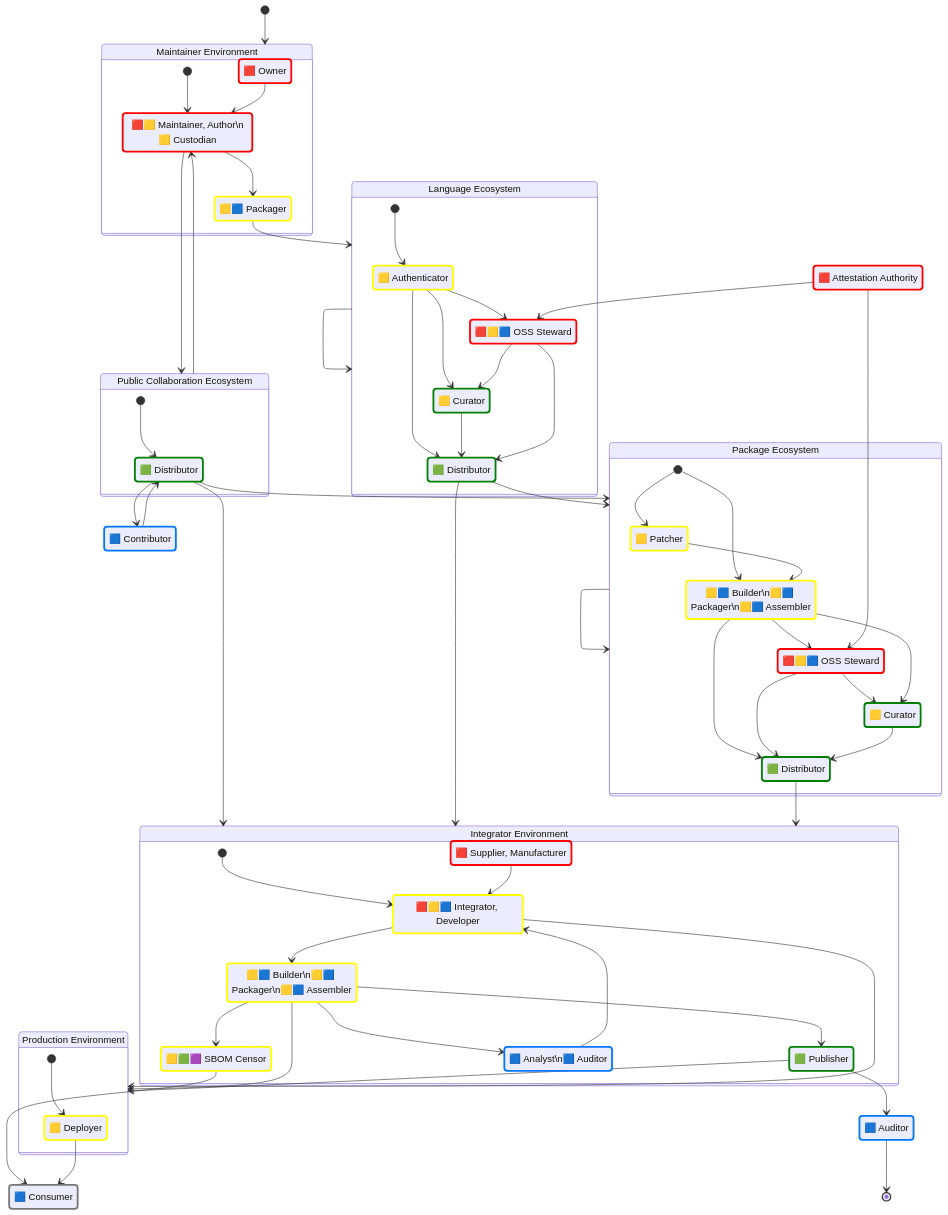
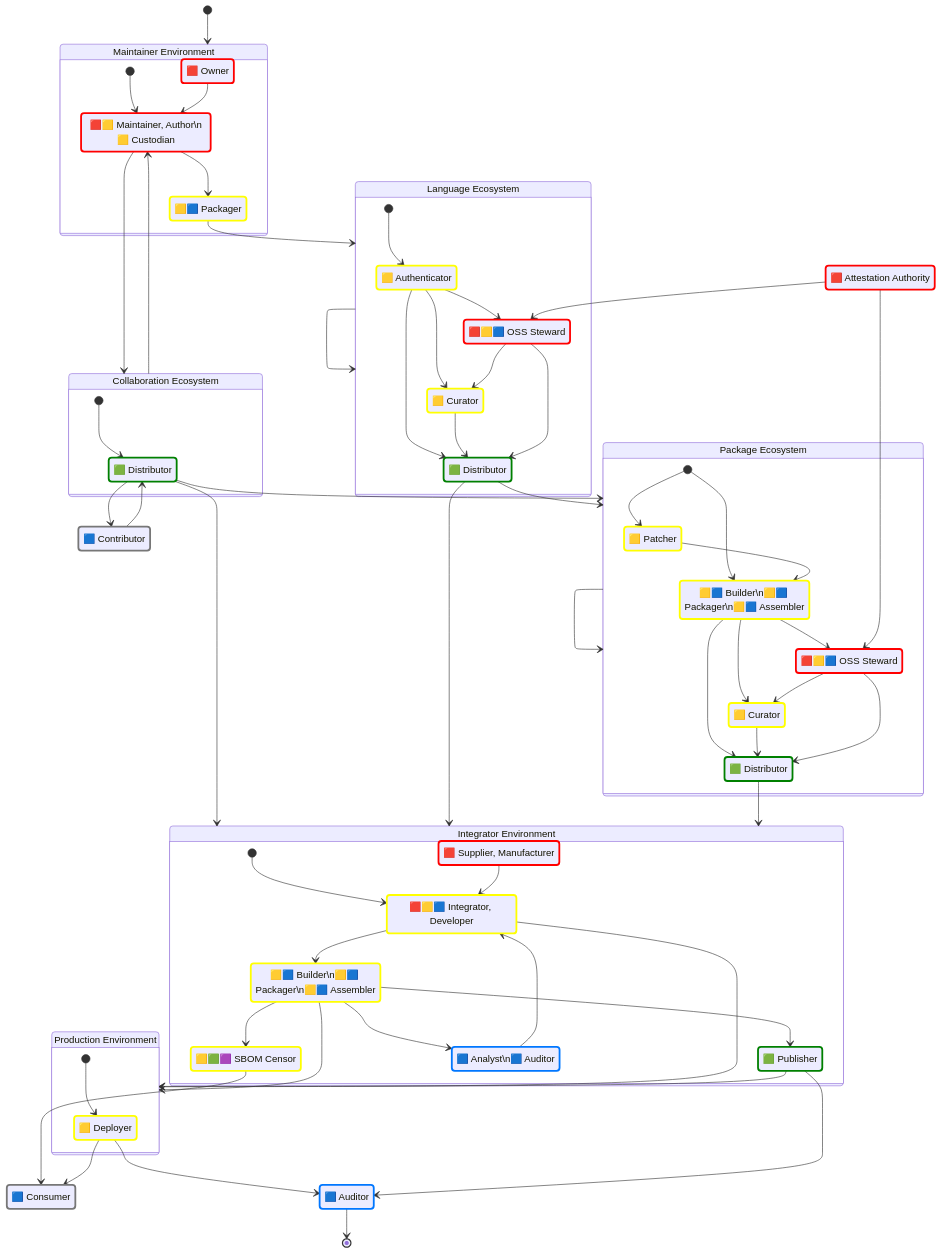
The second of 2 diagrams in docs/supplychain-sbom.md (CPAN-Security/security.metacpan.org), drawn with Mermaid before and after one commit. The commit also changed other lines of this file, not shown here.

First line of the commit message:
Reorg intro text; Remove SBOM Roles graph; Clarifications & more

```diff
--- a/docs/supplychain-sbom.md
+++ b/docs/supplychain-sbom.md
@@ -211,20 +166,20 @@
 
     %%
     class repository_distributor distributesSBOM
-    class external_contributor verifiesSBOM
+    class external_contributor ignoresSBOM
 
     %%class language_importer verifiesSBOM
     class language_authenticator updatesSBOM
     class language_packager assemblesSBOM
     class language_steward createsSBOM
-    class language_curator distributesSBOM
+    class language_curator updatesSBOM
     class language_distributor distributesSBOM
 
     %%class package_importer verifiesSBOM
     class package_patcher updatesSBOM
     class package_packager assemblesSBOM
     class package_steward createsSBOM
-    class package_curator distributesSBOM
+    class package_curator updatesSBOM
     class package_distributor distributesSBOM
 
     %%class integrator_importer verifiesSBOM
@@ -256,8 +211,8 @@
     [*] --> environment_maintainer
 
     state "Language Ecosystem" as ecosystem_lang {
+        %%[*] --> language_importer
         [*] --> language_authenticator
-        %%[*] --> language_importer
         language_authenticator --> language_distributor
         language_authenticator --> language_steward
         language_authenticator --> language_curator
@@ -271,7 +226,7 @@
     language_packager --> ecosystem_lang
     ecosystem_lang    --> ecosystem_lang
 
-    state "Public Collaboration Ecosystem" as ecosystem_repo {
+    state "Collaboration Ecosystem" as ecosystem_repo {
         [*] --> repository_distributor
     }
 
@@ -288,12 +243,12 @@
         %%package_importer --> package_patcher
         %%package_importer --> package_packager
         package_patcher  --> package_packager
+        package_packager --> package_curator
         package_steward  --> package_curator
         package_packager --> package_distributor
+        package_curator  --> package_distributor
         package_steward  --> package_distributor
-        package_packager --> package_curator
         package_packager --> package_steward 
-        package_curator  --> package_distributor
     }
 
     repository_distributor --> ecosystem_package
@@ -324,13 +279,14 @@
         [*] --> prod_deployer
     }
 
-    authority_auditor    --> [*]
-    %%external_consumer    --> [*]
+    prod_deployer --> authority_auditor
+    integrator_builder   --> environment_prod 
+    integrator_developer --> environment_prod 
     integrator_publisher --> authority_auditor
     integrator_publisher --> environment_prod 
-    integrator_builder   --> environment_prod 
-    integrator_developer --> environment_prod 
     integrator_censor    --> external_consumer
+    %%external_consumer    --> [*]
+    authority_auditor    --> [*]
 
     %%
     prod_deployer --> external_consumer
```
